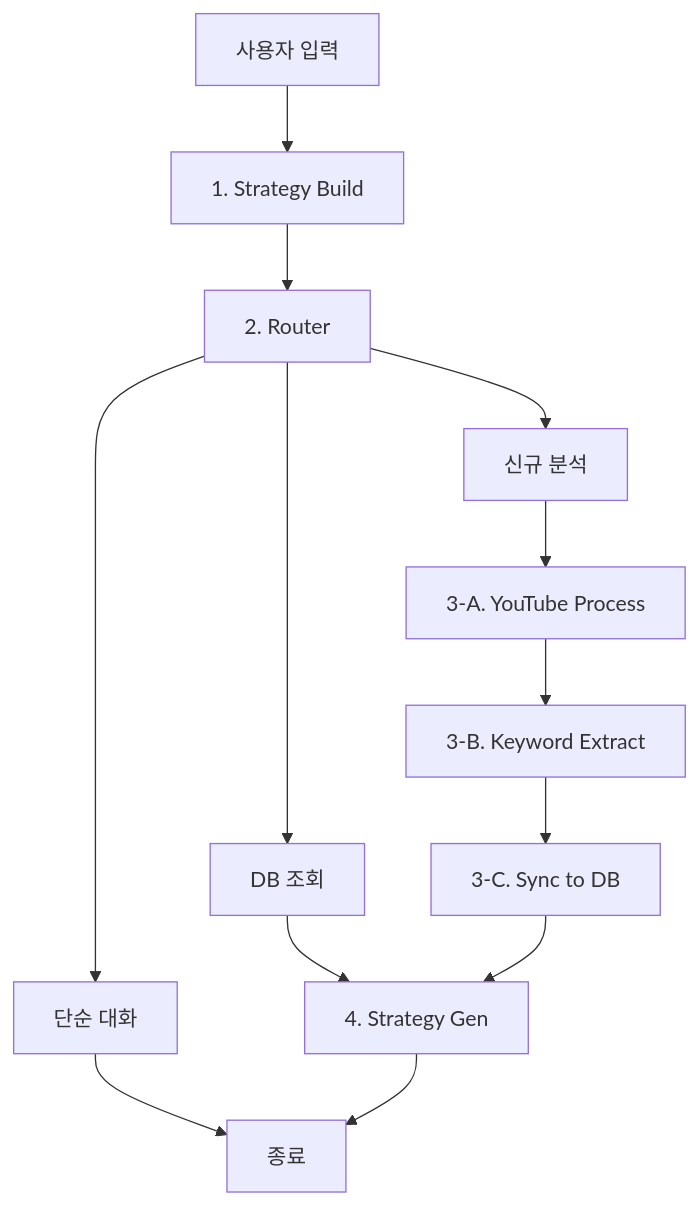
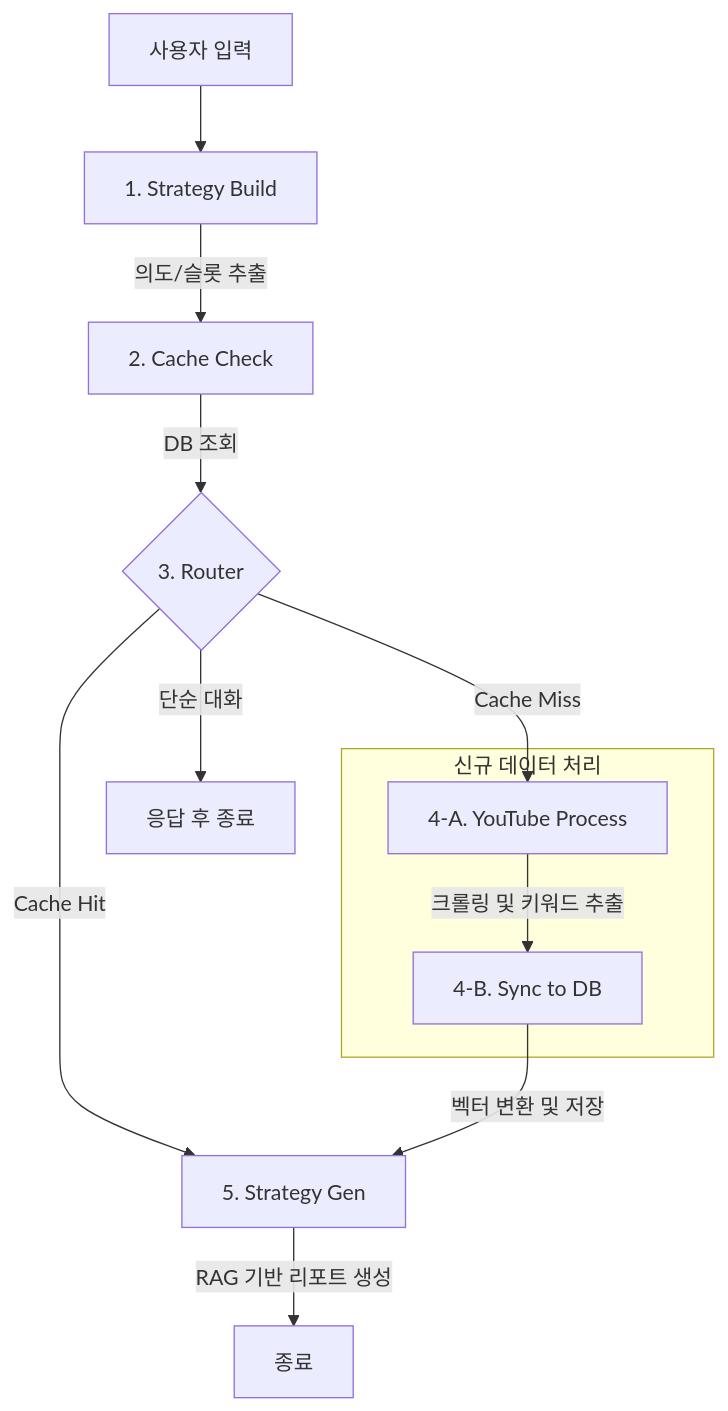
Before and after one commit to kwjj0820/Trend-Mirror: the diagram in README.md, drawn with Mermaid. The commit also changed other lines of this file and 4 other files, not shown here.

````diff
--- a/README.md
+++ b/README.md
@@ -19,19 +19,17 @@
 ```mermaid
 graph TD;
     Start[사용자 입력] --> StrategyBuild[1. Strategy Build];
-    StrategyBuild --> Router[2. Router];
-    
-    Router --> Chitchat[단순 대화];
-    Router --> CacheHit[DB 조회];
-    Router --> CacheMiss[신규 분석];
+    StrategyBuild -- 의도/슬롯 추출 --> CacheCheck[2. Cache Check];
+    CacheCheck -- DB 조회 --> Router{3. Router};
 
-    Chitchat --> End[종료];
-    CacheHit --> StrategyGen[4. Strategy Gen];
-    
-    CacheMiss --> YoutubeProcess[3-A. YouTube Process];
-    YoutubeProcess --> KeywordExtract[3-B. Keyword Extract];
-    KeywordExtract --> SyncToDB[3-C. Sync to DB];
-    SyncToDB --> StrategyGen;
+    Router -- "단순 대화" --> ChitchatEnd[응답 후 종료];
+    Router -- "Cache Hit" --> Analysis[5. Strategy Gen];
+    Router -- "Cache Miss" --> YoutubeProcess[4-A. YouTube Process];
 
-    StrategyGen --> End;
+    subgraph "신규 데이터 처리"
+        YoutubeProcess -- 크롤링 및 키워드 추출 --> SyncToDB[4-B. Sync to DB];
+    end
+
+    SyncToDB -- 벡터 변환 및 저장 --> Analysis;
+    Analysis -- RAG 기반 리포트 생성 --> End[종료];
 ```
````
